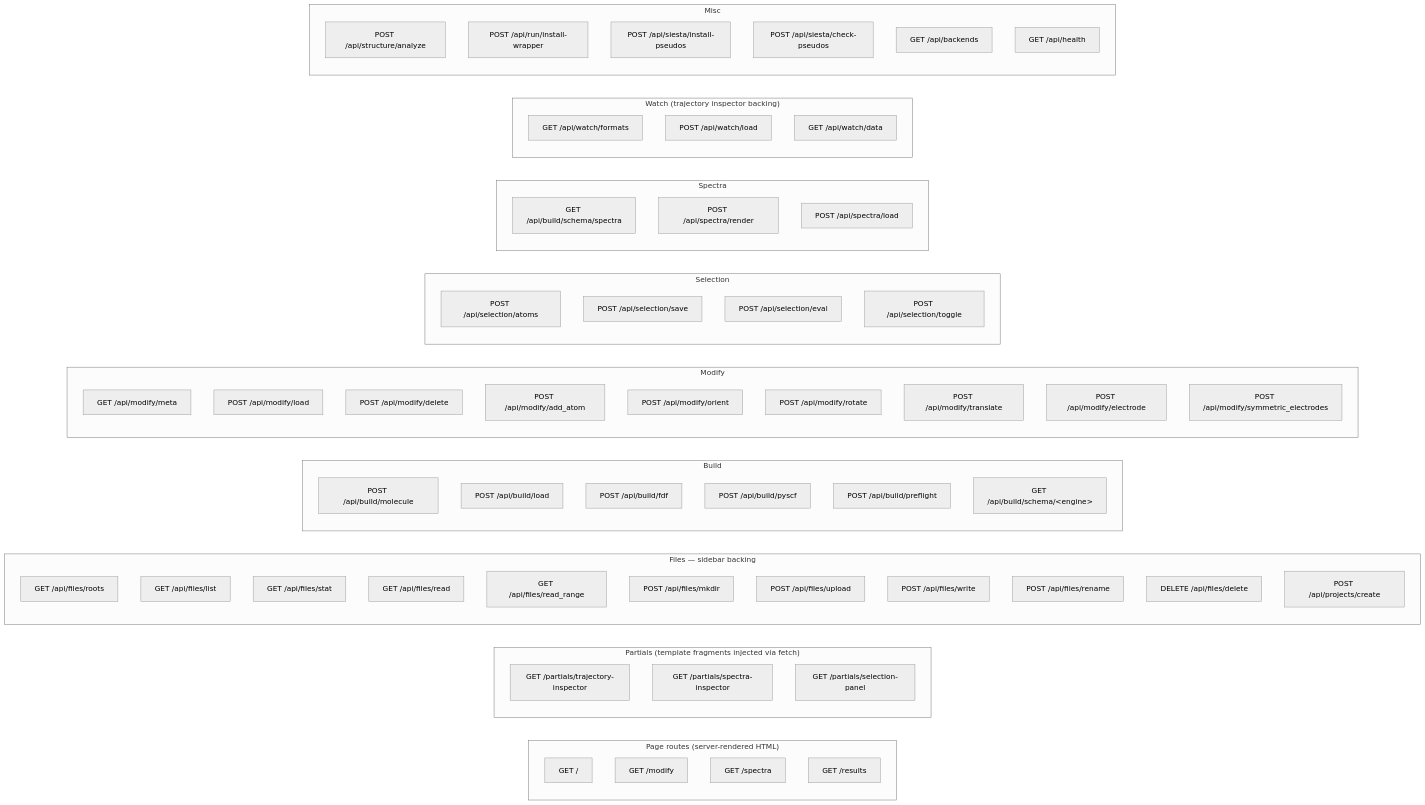
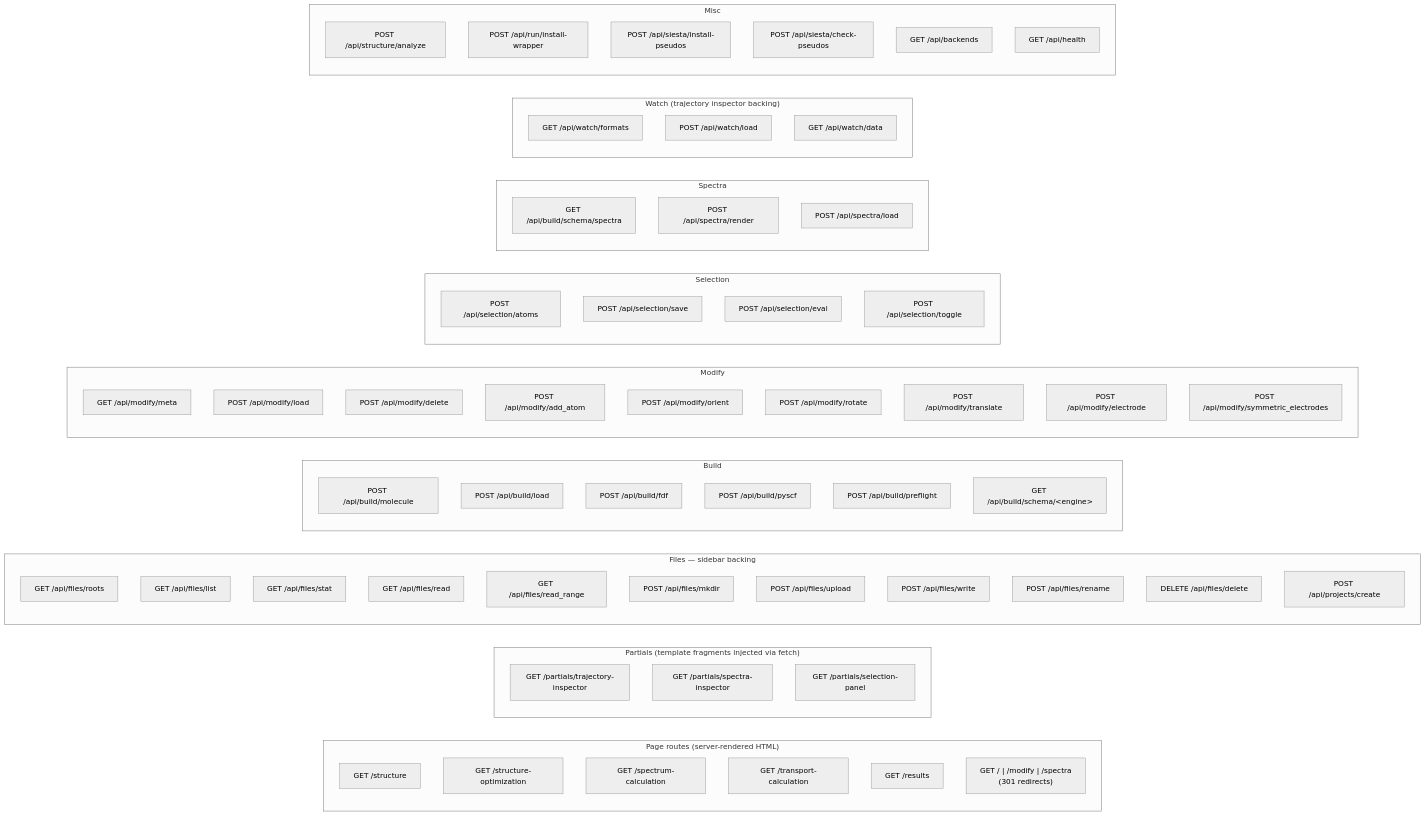
Before and after one commit to Qing-LAB/molbuilder: the first of 2 diagrams in docs/protocols/web-api.md, drawn with Mermaid (neutral theme). The commit also changed 15 other files, not shown here.

````diff
--- a/docs/protocols/web-api.md
+++ b/docs/protocols/web-api.md
@@ -89,70 +89,72 @@
 ```mermaid
 flowchart LR
     subgraph "Page routes (server-rendered HTML)"
-        page_build["GET /"]
-        page_modify["GET /modify"]
-        page_spectra["GET /spectra"]
+        page_structure["GET /structure"]
+        page_opt["GET /structure-optimization"]
+        page_spec["GET /spectrum-calculation"]
+        page_transp["GET /transport-calculation"]
         page_results["GET /results"]
+        page_legacy["GET / | /modify | /spectra<br/>(301 redirects)"]
     end
     subgraph "Partials (template fragments injected via fetch)"
         part_traj["GET /partials/trajectory-inspector"]
         part_spec["GET /partials/spectra-inspector"]
         part_sel["GET /partials/selection-panel"]
     end
     subgraph "Files — sidebar backing"
         f_roots["GET /api/files/roots"]
         f_list["GET /api/files/list"]
         f_stat["GET /api/files/stat"]
         f_read["GET /api/files/read"]
         f_range["GET /api/files/read_range"]
         f_mkdir["POST /api/files/mkdir"]
         f_upload["POST /api/files/upload"]
         f_write["POST /api/files/write"]
         f_rename["POST /api/files/rename"]
         f_delete["DELETE /api/files/delete"]
         p_create["POST /api/projects/create"]
     end
     subgraph "Build"
         b_mol["POST /api/build/molecule"]
         b_load["POST /api/build/load"]
         b_fdf["POST /api/build/fdf"]
         b_py["POST /api/build/pyscf"]
         b_pre["POST /api/build/preflight"]
         b_schema["GET /api/build/schema/&lt;engine&gt;"]
     end
     subgraph "Modify"
         m_meta["GET /api/modify/meta"]
         m_load["POST /api/modify/load"]
         m_del["POST /api/modify/delete"]
         m_add["POST /api/modify/add_atom"]
         m_orient["POST /api/modify/orient"]
         m_rot["POST /api/modify/rotate"]
         m_tr["POST /api/modify/translate"]
         m_elc["POST /api/modify/electrode"]
         m_sym["POST /api/modify/symmetric_electrodes"]
     end
     subgraph "Selection"
         s_atoms["POST /api/selection/atoms"]
         s_save["POST /api/selection/save"]
         s_eval["POST /api/selection/eval"]
         s_tog["POST /api/selection/toggle"]
     end
     subgraph "Spectra"
         sp_schema["GET /api/build/schema/spectra"]
         sp_render["POST /api/spectra/render"]
         sp_load["POST /api/spectra/load"]
     end
     subgraph "Watch (trajectory inspector backing)"
         w_fmt["GET /api/watch/formats"]
         w_load["POST /api/watch/load"]
         w_data["GET /api/watch/data"]
     end
     subgraph "Misc"
         misc_anal["POST /api/structure/analyze"]
         misc_wrap["POST /api/run/install-wrapper"]
         misc_ips["POST /api/siesta/install-pseudos"]
         misc_chk["POST /api/siesta/check-pseudos"]
         misc_back["GET /api/backends"]
         misc_health["GET /api/health"]
     end
 ```
````
